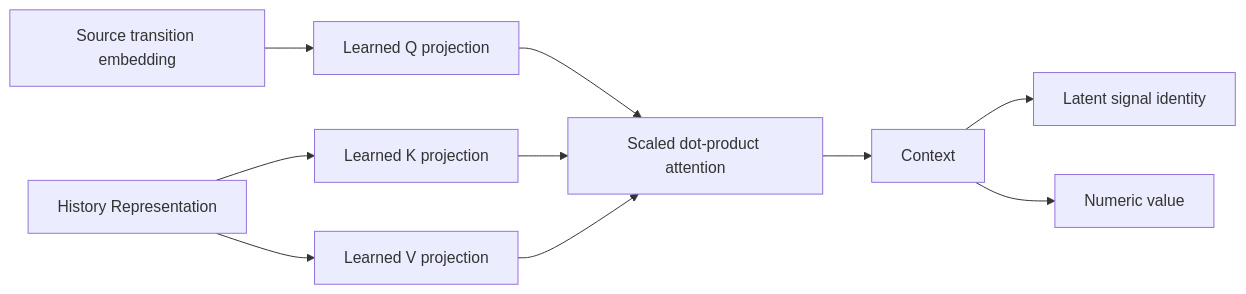
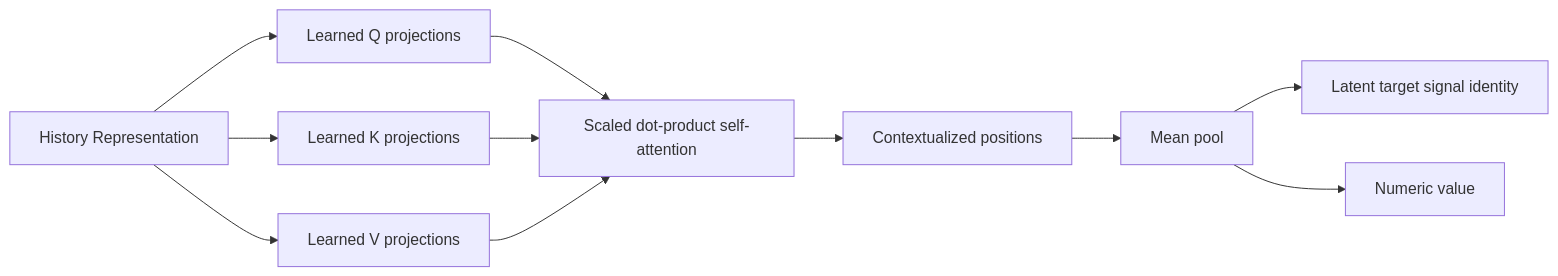
One commit to skasti/skyn-vaettr changed the fifth of 6 diagrams in docs/expectations.md. Above: the diagram before and after it, drawn with Mermaid. The commit also changed other lines of this file, not shown here.

Commit message:
docs: describe self-attention transition baseline

````diff
--- a/docs/expectations.md
+++ b/docs/expectations.md
@@ -107,12 +104,13 @@
 ```mermaid
 flowchart LR
-    X[Source transition embedding] --> Q[Learned Q projection]
-    R[History Representation] --> K[Learned K projection]
-    R --> V[Learned V projection]
-    Q --> A[Scaled dot-product attention]
+    R[History Representation] --> Q[Learned Q projections]
+    R --> K[Learned K projections]
+    R --> V[Learned V projections]
+    Q --> A[Scaled dot-product self-attention]
     K --> A
     V --> A
-    A --> C[Context]
-    C --> S[Latent signal identity]
-    C --> N[Numeric value]
+    A --> C[Contextualized positions]
+    C --> P[Mean pool]
+    P --> S[Latent target signal identity]
+    P --> N[Numeric value]
 ```
````
